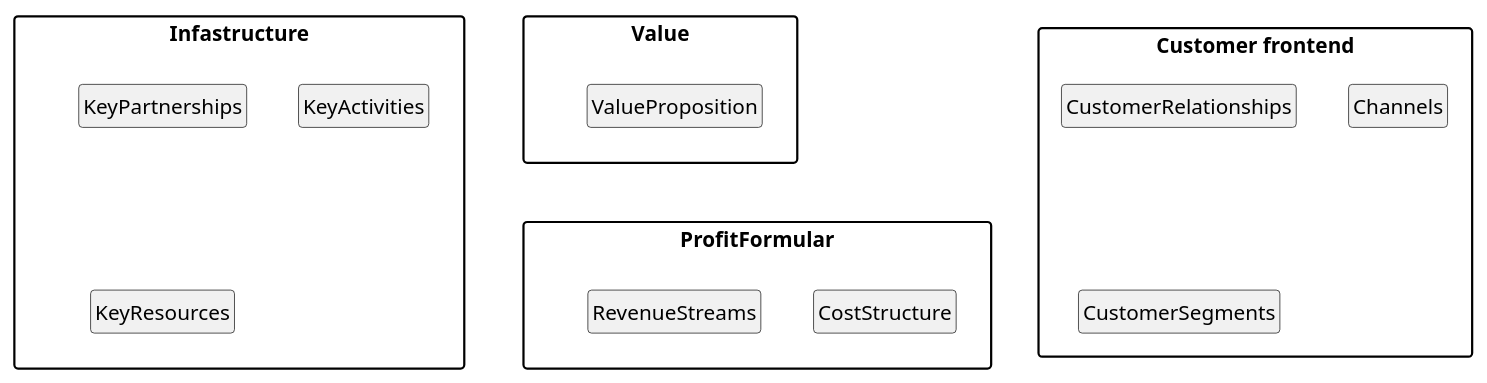
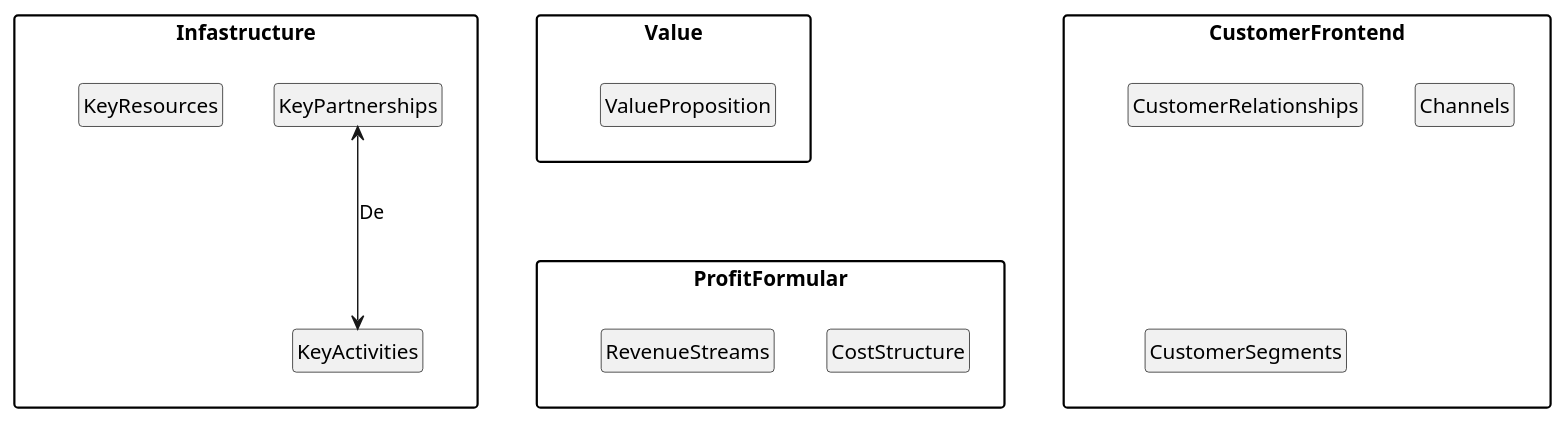
Before and after one commit to FilipMeldal/Team1A: the diagram in Systemudvikling 2. sem/FML - Template.plantuml, drawn with PlantUML.

Commit message:
Update FML - Template.plantuml

```diff
--- a/Systemudvikling 2. sem/FML - Template.plantuml
+++ b/Systemudvikling 2. sem/FML - Template.plantuml
@@ -1,60 +1,62 @@
 @startuml
 hide circle
 hide empty members
 skinparam PackageStyle rectangle
 
 package "Infastructure"
 {
     class KeyPartnerships
     {
         
     }
 
     class KeyActivities
     {
     
     }
 
     class KeyResources
     {
     }
 }
 
-package "Customer frontend"
+package "CustomerFrontend"
 {
     class CustomerRelationships
     {
 
     }
     class Channels
     {
 
     }
     class CustomerSegments
     {
     }
 }
 
 package "Value"
 {
     class ValueProposition
     {
 
     }
 }
 
 package "ProfitFormular"
 {
     class CostStructure
     {
     }
     class RevenueStreams
     {
     }
 }
 
 Infastructure -[hidden]right-> Value
 ProfitFormular -[hidden]up-> Value
+Value -[hidden]right-> CustomerFrontend
 
+KeyPartnerships <--> KeyActivities : De
 
 @enduml
```
